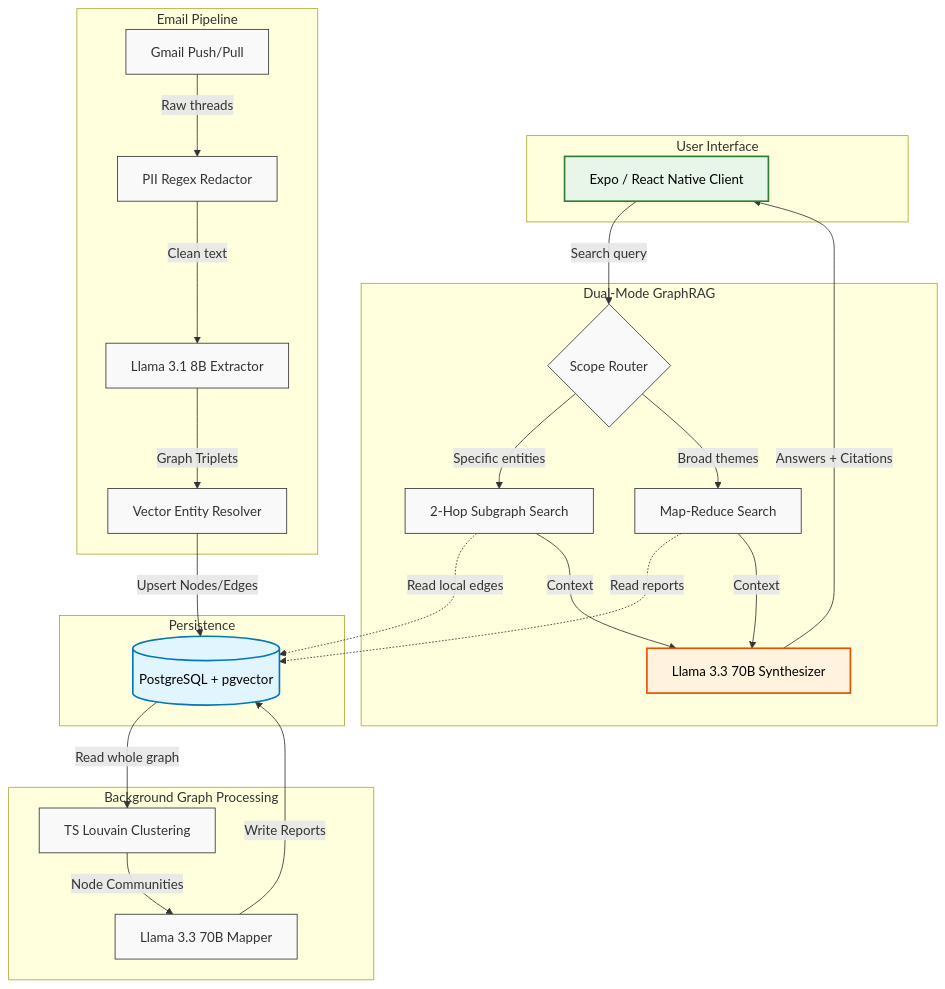
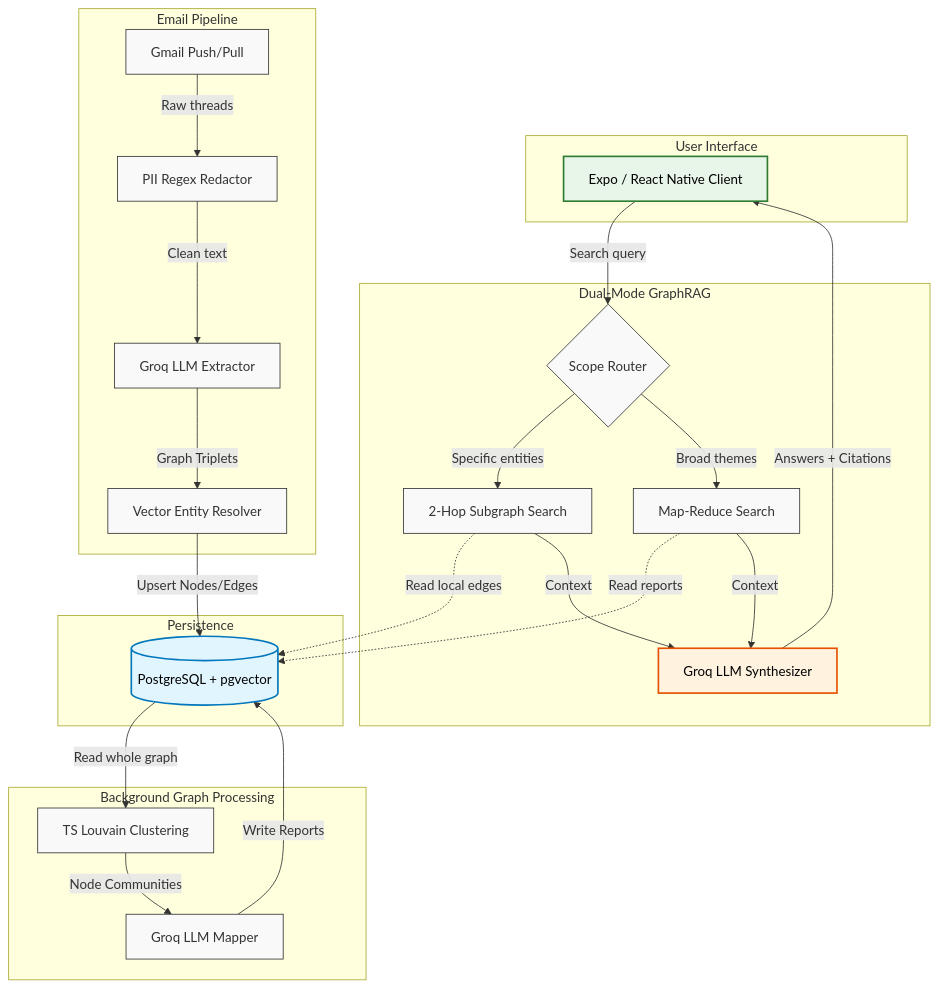
Before and after one commit to rikkumahan/Tasker: the diagram in README.md, drawn with Mermaid. The commit also changed other lines of this file, not shown here.

First line of the commit message:
docs: refresh README LLM model references and project structure

````diff
--- a/README.md
+++ b/README.md
@@ -55,57 +55,57 @@
 ```mermaid
 flowchart TD
     %% Define styles for a cleaner, non-AI look
     classDef default fill:#f9f9f9,stroke:#333,stroke-width:1px,color:#333
     classDef database fill:#e1f5fe,stroke:#0277bd,stroke-width:2px,color:#000
     classDef core fill:#fff3e0,stroke:#e65100,stroke-width:2px,color:#000
     classDef client fill:#e8f5e9,stroke:#2e7d32,stroke-width:2px,color:#000
     
     subgraph Client [User Interface]
         Dashboard[Expo / React Native Client]:::client
     end
 
     subgraph Ingestion [Email Pipeline]
         Gmail[Gmail Push/Pull]
         Redactor[PII Regex Redactor]
-        Extractor[Llama 3.1 8B Extractor]
+        Extractor[Groq LLM Extractor]
         Resolver[Vector Entity Resolver]
         
         Gmail -->|Raw threads| Redactor
         Redactor -->|Clean text| Extractor
         Extractor -->|Graph Triplets| Resolver
     end
 
     subgraph Storage [Persistence]
         DB[(PostgreSQL + pgvector)]:::database
     end
 
     subgraph GraphOps [Background Graph Processing]
         Louvain[TS Louvain Clustering]
-        SummaryGen[Llama 3.3 70B Mapper]
+        SummaryGen[Groq LLM Mapper]
         
         Louvain -->|Node Communities| SummaryGen
     end
 
     subgraph QueryLayer [Dual-Mode GraphRAG]
         Router{Scope Router}
         LocalSearch[2-Hop Subgraph Search]
         GlobalSearch[Map-Reduce Search]
-        Synthesizer[Llama 3.3 70B Synthesizer]:::core
+        Synthesizer[Groq LLM Synthesizer]:::core
         
         Router -->|Specific entities| LocalSearch
         Router -->|Broad themes| GlobalSearch
     end
 
     %% Wiring it all together
     Resolver -->|Upsert Nodes/Edges| DB
     DB -->|Read whole graph| Louvain
     SummaryGen -->|Write Reports| DB
     
     Dashboard -->|Search query| Router
     LocalSearch -.->|Read local edges| DB
     GlobalSearch -.->|Read reports| DB
     
     LocalSearch -->|Context| Synthesizer
     GlobalSearch -->|Context| Synthesizer
     Synthesizer -->|Answers + Citations| Dashboard
 ```
````
